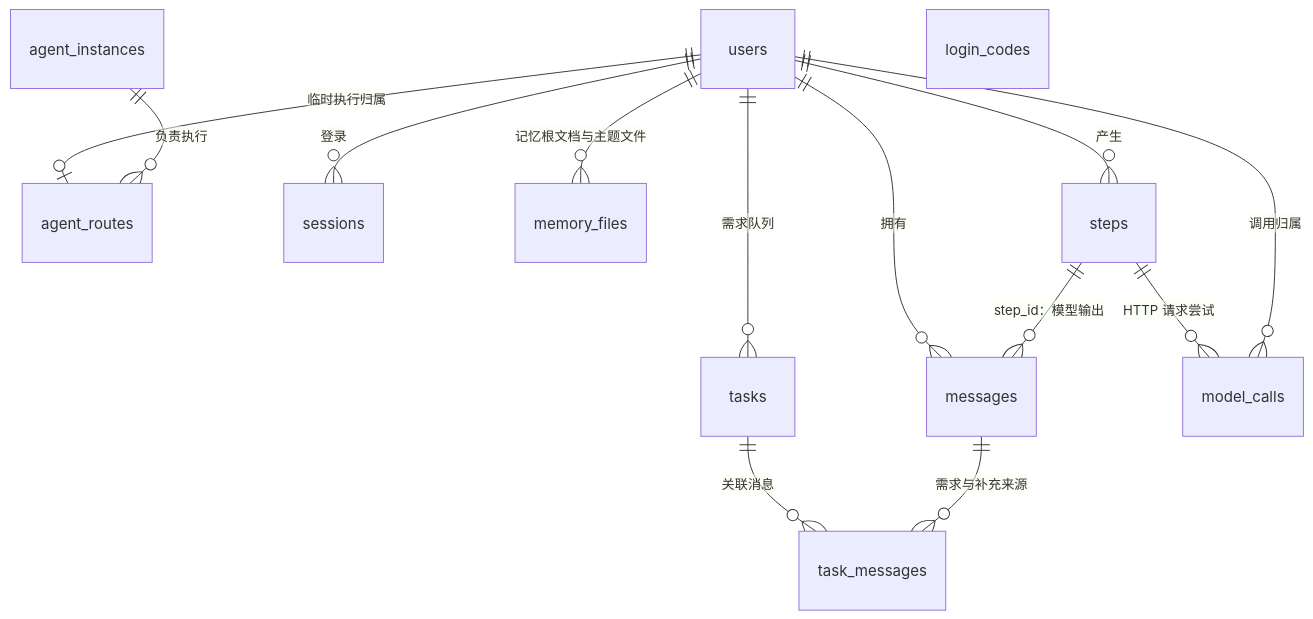
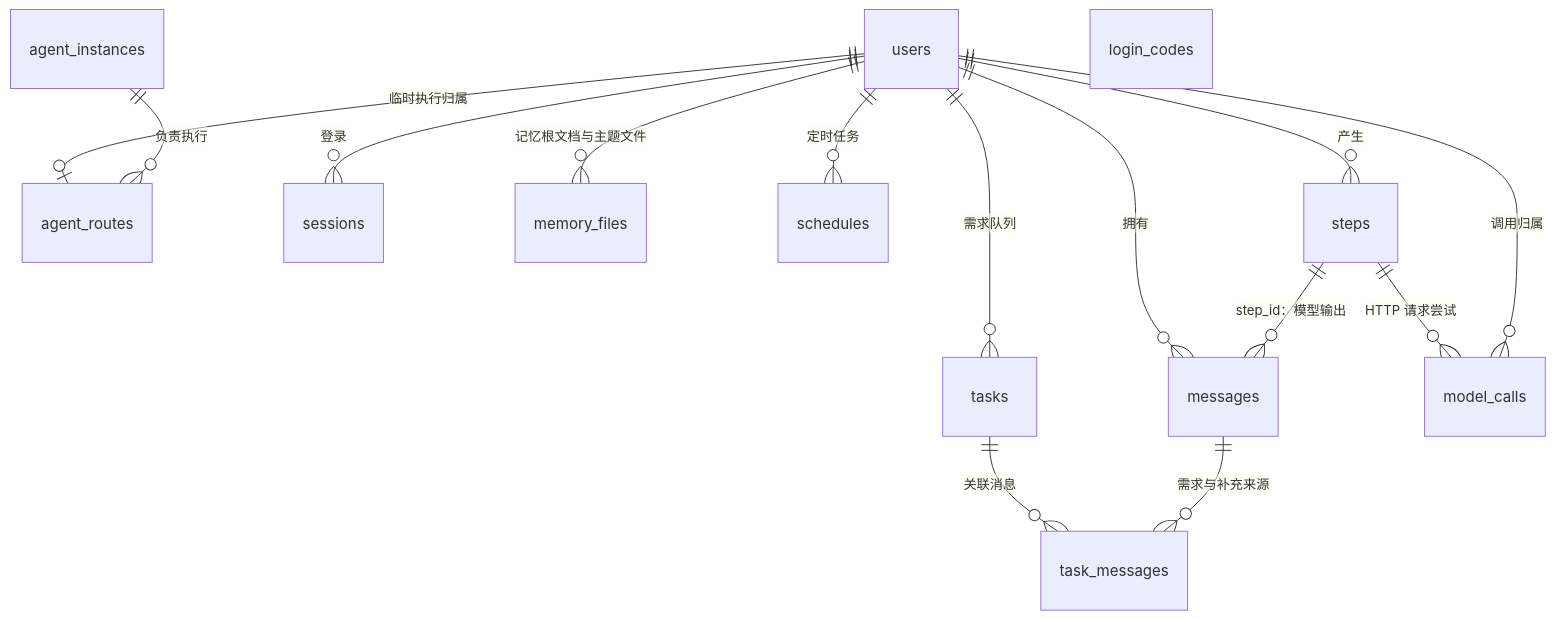
Before and after one commit to OmniNetOpensource/aether-personal: the diagram in docs/wiki/02-data-model.md, drawn with Mermaid. The commit also changed other lines of this file and 6 other files, not shown here.

````diff
--- a/docs/wiki/02-data-model.md
+++ b/docs/wiki/02-data-model.md
@@ -17,16 +17,17 @@
 ```mermaid
 erDiagram
     users ||--o| agent_routes : "临时执行归属"
     agent_instances ||--o{ agent_routes : "负责执行"
     users ||--o{ sessions : "登录"
     users ||--o{ messages : "拥有"
     users ||--o{ tasks : "需求队列"
     tasks ||--o{ task_messages : "关联消息"
     messages ||--o{ task_messages : "需求与补充来源"
     users ||--o{ memory_files : "记忆根文档与主题文件"
+    users ||--o{ schedules : "定时任务"
     users ||--o{ steps : "产生"
     steps ||--o{ model_calls : "HTTP 请求尝试"
     users ||--o{ model_calls : "调用归属"
     steps ||--o{ messages : "step_id：模型输出"
     login_codes
 ```
````
